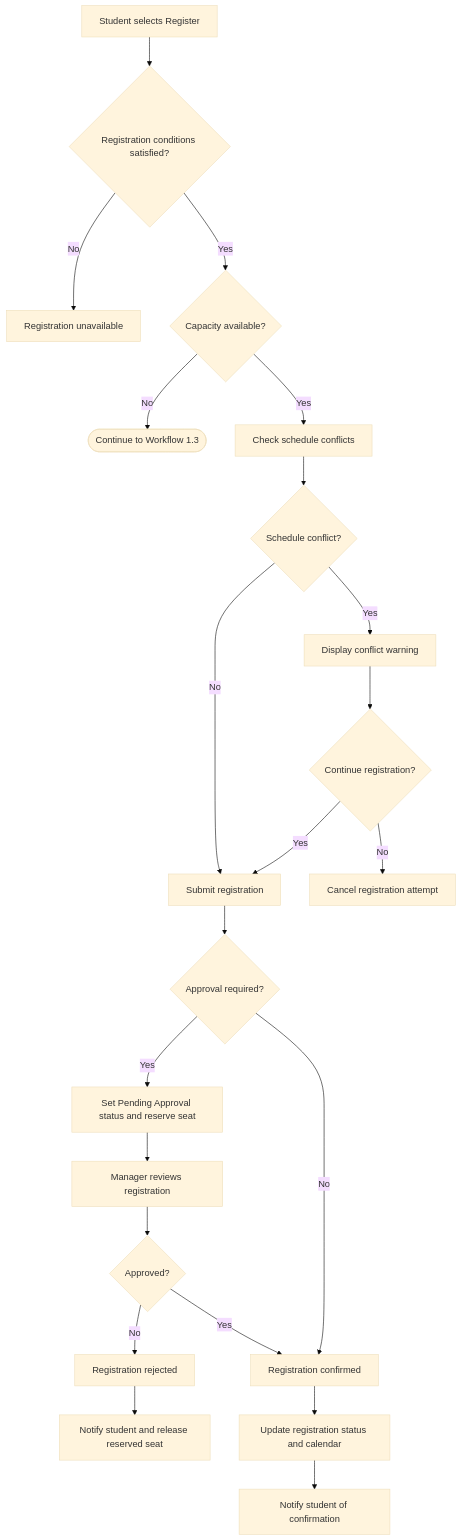
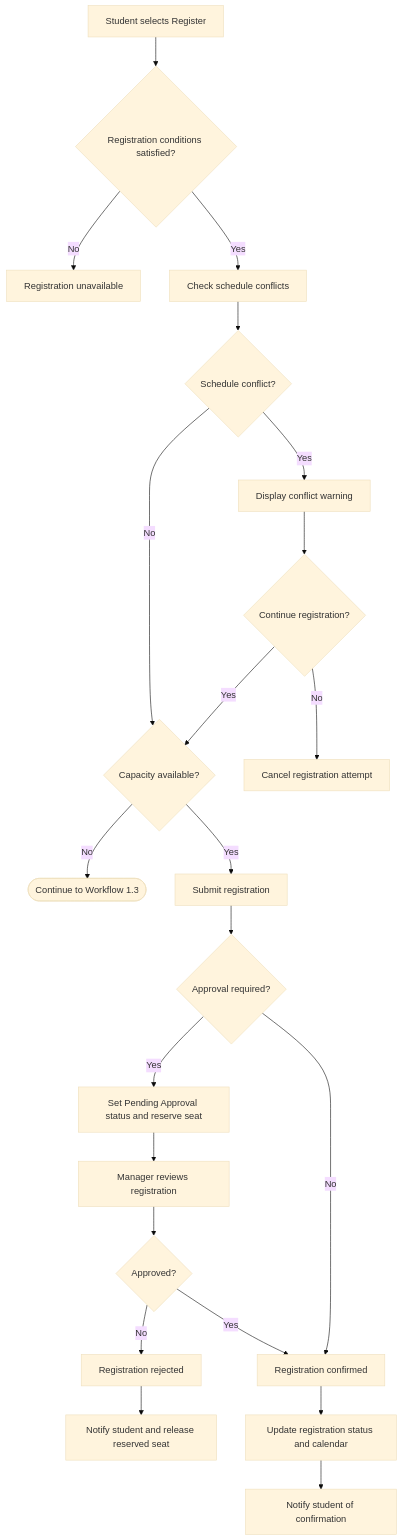
One commit to APCSk24-CS300/cs300-project changed the second of 5 diagrams in docs/requirements/vision-document.md. Above: the diagram before and after it, drawn with Mermaid (base theme). The commit also changed other lines of this file and 2 other files, not shown here.

````diff
--- a/docs/requirements/vision-document.md
+++ b/docs/requirements/vision-document.md
@@ -130,32 +130,32 @@
 ```mermaid
 flowchart TD
     A[Student selects Register] --> B{Registration conditions satisfied?}
 
     B -->|No| C[Registration unavailable]
-    B -->|Yes| D{Capacity available?}
-
-    D -->|No| WL([Continue to Workflow 1.3])
-    D -->|Yes| E[Check schedule conflicts]
+    B -->|Yes| E[Check schedule conflicts]
 
     E --> F{Schedule conflict?}
     F -->|Yes| G[Display conflict warning]
-    F -->|No| J[Submit registration]
+    F -->|No| D{Capacity available?}
 
     G --> H{Continue registration?}
     H -->|No| I[Cancel registration attempt]
-    H -->|Yes| J
+    H -->|Yes| D
+
+    D -->|No| WL([Continue to Workflow 1.3])
+    D -->|Yes| J[Submit registration]
 
     J --> K{Approval required?}
 
     K -->|Yes| L[Set Pending Approval status and reserve seat]
     L --> M[Manager reviews registration]
     M --> N{Approved?}
 
     N -->|No| O[Registration rejected]
     N -->|Yes| P[Registration confirmed]
     K -->|No| P
 
     O --> Q[Notify student and release reserved seat]
     P --> R[Update registration status and calendar]
     R --> S[Notify student of confirmation]
 ```
````
